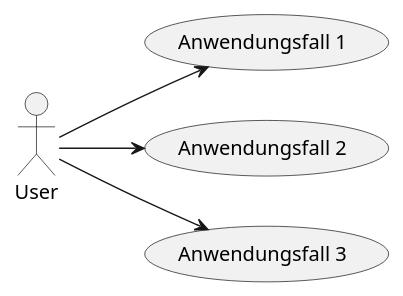
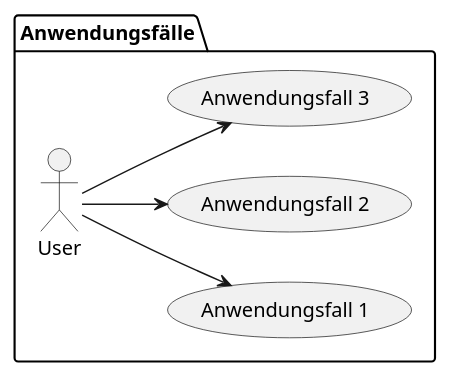
Before and after one commit to novarx/auto-pandoc: the second of 3 diagrams in test-doc/03_part2.md, drawn with PlantUML.

Commit message:
add non ascii char to test

````diff
--- a/test-doc/03_part2.md
+++ b/test-doc/03_part2.md
@@ -15,6 +15,8 @@
 ```plantuml
-left to right direction
-:User: --> (Anwendungsfall 1)
-:User: --> (Anwendungsfall 2)
-:User: --> (Anwendungsfall 3)
+package "Anwendungsfälle" {
+  left to right direction
+  :User: --> (Anwendungsfall 1)
+  :User: --> (Anwendungsfall 2)
+  :User: --> (Anwendungsfall 3)
+}
 ```
````
